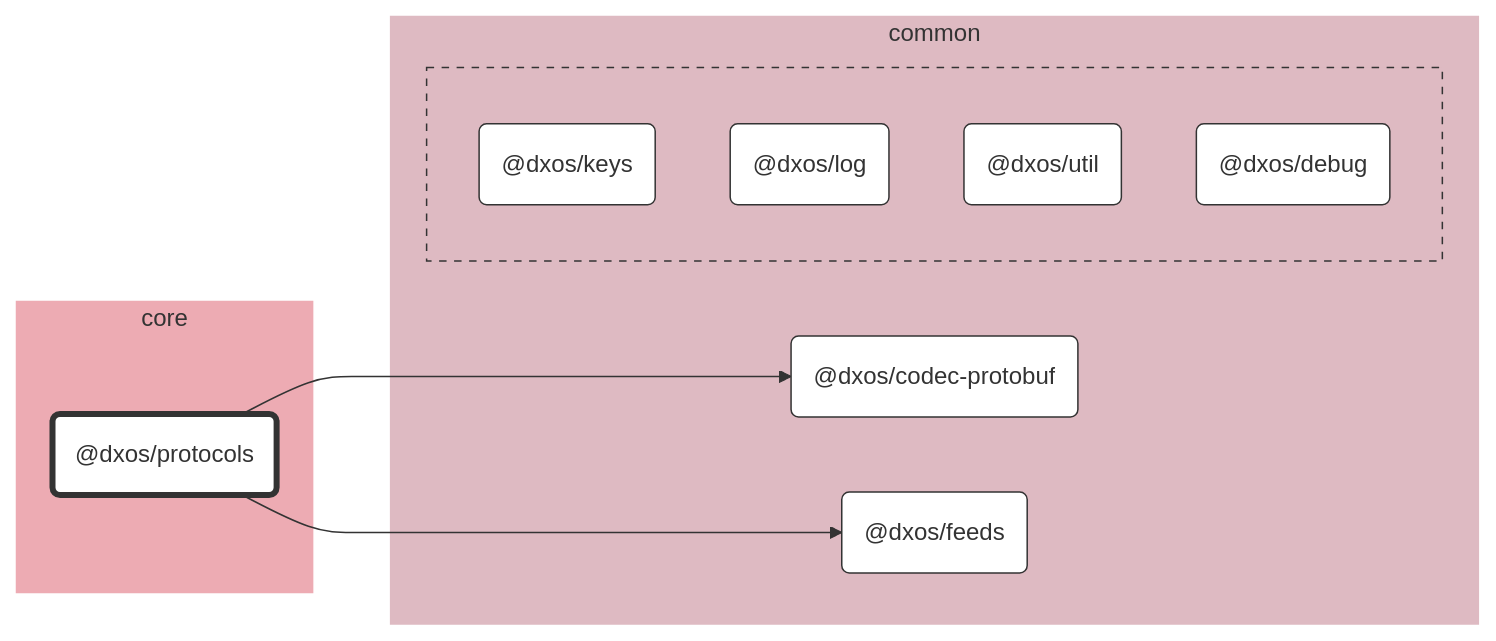
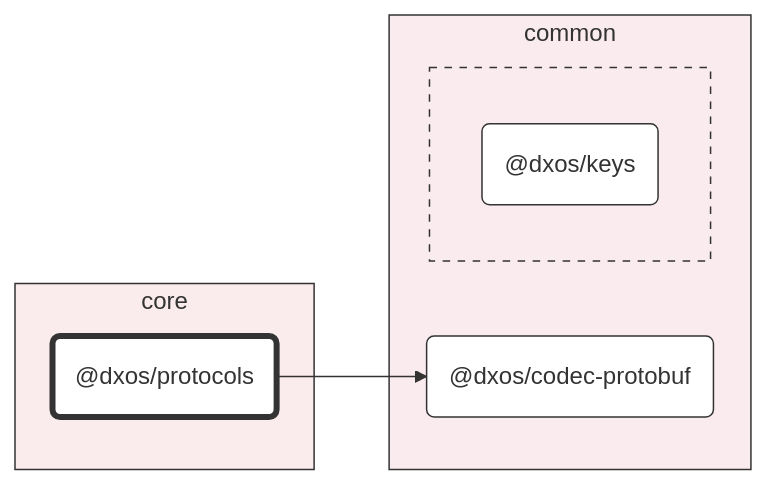
One commit to dxos/dxos changed the diagram in packages/core/protocols/docs/README.md. Above: the diagram before and after it, drawn with Mermaid. The commit also changed other lines of this file and 93 other files, not shown here.

First line of the commit message:
chore: hierarchical graphs. (#1583)

````diff
--- a/packages/core/protocols/docs/README.md
+++ b/packages/core/protocols/docs/README.md
@@ -7,42 +7,33 @@
 ```mermaid
 %%{ init: {'flowchart':{'curve':'basis'}} }%%
 
 flowchart LR
 
 %% Classes
 classDef def fill:#fff,stroke:#333,stroke-width:1px
 classDef root fill:#fff,stroke:#333,stroke-width:4px
 
 %% Nodes
 
 subgraph core [core]
-  style core fill:#edabb3,stroke:#fff
+  style core fill:#faebec,stroke:#333
   dxos/protocols("@dxos/protocols"):::root
   click dxos/protocols "dxos/dxos/tree/main/packages/core/protocols/docs"
 end
 
 subgraph common [common]
-  style common fill:#debac2,stroke:#fff
+  style common fill:#faebee,stroke:#333
   dxos/codec-protobuf("@dxos/codec-protobuf"):::def
   click dxos/codec-protobuf "dxos/dxos/tree/main/packages/common/codec-protobuf/docs"
-  dxos/feeds("@dxos/feeds"):::def
-  click dxos/feeds "dxos/dxos/tree/main/packages/common/feeds/docs"
 
-  subgraph common-excluded [ ]
-    style common-excluded fill:#debac2,stroke:#333,stroke-dasharray:5 5
+  subgraph _ [ ]
+    style _ fill:#faebee,stroke:#333,stroke-dasharray:5 5
     dxos/keys("@dxos/keys"):::def
     click dxos/keys "dxos/dxos/tree/main/packages/common/keys/docs"
-    dxos/log("@dxos/log"):::def
-    click dxos/log "dxos/dxos/tree/main/packages/common/log/docs"
-    dxos/util("@dxos/util"):::def
-    click dxos/util "dxos/dxos/tree/main/packages/common/util/docs"
-    dxos/debug("@dxos/debug"):::def
-    click dxos/debug "dxos/dxos/tree/main/packages/common/debug/docs"
   end
 end
 
 %% Links
 linkStyle default stroke:#333,stroke-width:1px
 dxos/protocols --> dxos/codec-protobuf
-dxos/protocols --> dxos/feeds
 ```
````
